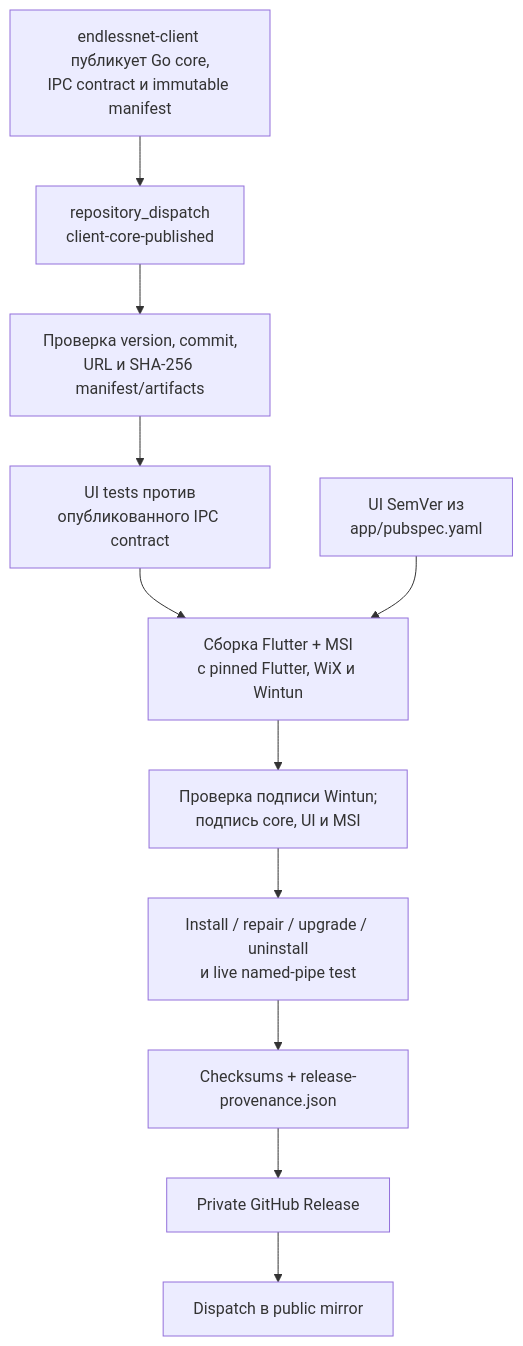
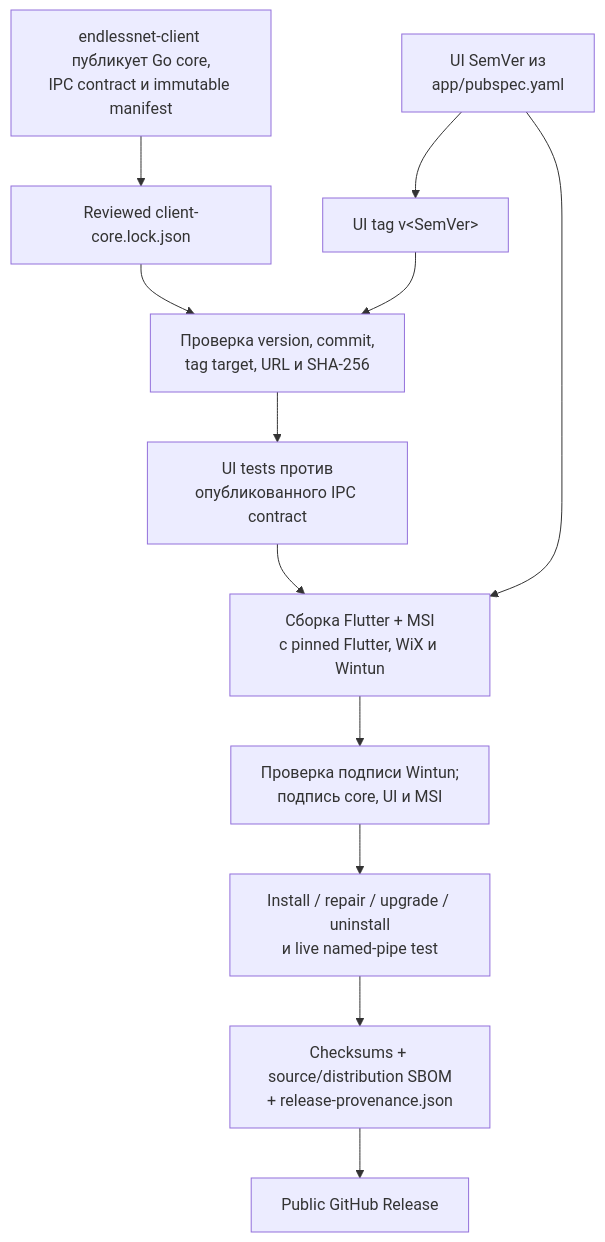
The second of 2 diagrams in docs/architecture-and-future.md (endless-net/client-ui), drawn with Mermaid before and after one commit. The commit also changed other lines of this file and 41 other files, not shown here.

Commit message:
chore: prepare initial public release

````diff
--- a/docs/architecture-and-future.md
+++ b/docs/architecture-and-future.md
@@ -223,17 +223,18 @@
 ```mermaid
 flowchart TD
     Core["endlessnet-client публикует Go core,<br/>IPC contract и immutable manifest"]
-    Dispatch["repository_dispatch<br/>client-core-published"]
+    Lock["Reviewed client-core.lock.json"]
     UIVersion["UI SemVer из<br/>app/pubspec.yaml"]
-    Verify["Проверка version, commit,<br/>URL и SHA-256 manifest/artifacts"]
+    Tag["UI tag v&lt;SemVer&gt;"]
+    Verify["Проверка version, commit,<br/>tag target, URL и SHA-256"]
     Contract["UI tests против<br/>опубликованного IPC contract"]
     Build["Сборка Flutter + MSI<br/>с pinned Flutter, WiX и Wintun"]
     Sign["Проверка подписи Wintun;<br/>подпись core, UI и MSI"]
     E2E["Install / repair / upgrade / uninstall<br/>и live named-pipe test"]
-    Provenance["Checksums + release-provenance.json"]
-    Private["Private GitHub Release"]
-    Mirror["Dispatch в public mirror"]
+    Provenance["Checksums + source/distribution SBOM<br/>+ release-provenance.json"]
+    Public["Public GitHub Release"]
 
-    Core --> Dispatch --> Verify --> Contract --> Build --> Sign --> E2E --> Provenance --> Private --> Mirror
+    Core --> Lock --> Verify --> Contract --> Build --> Sign --> E2E --> Provenance --> Public
+    UIVersion --> Tag --> Verify
     UIVersion --> Build
 ```
````
